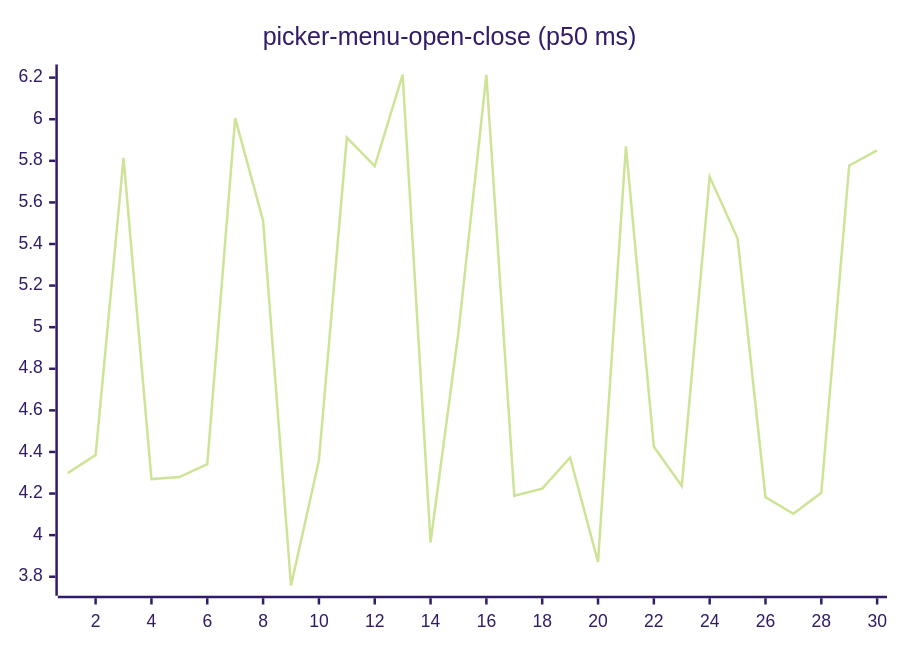
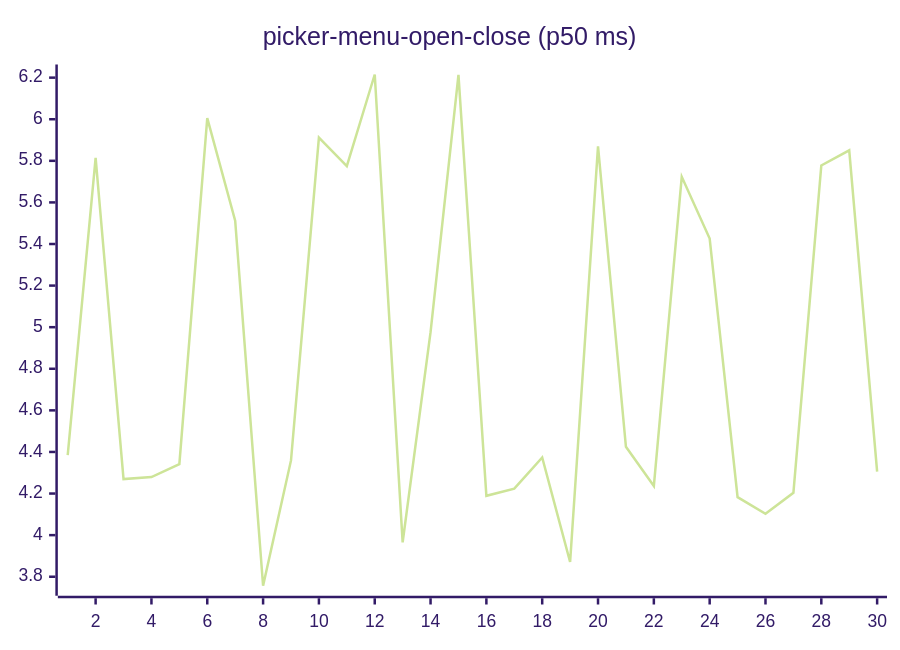
One commit to josha/Facet changed diagram 16 of 27 in README.md. Above: the diagram before and after it, drawn with Mermaid (forest theme). The commit also changed other lines of this file and 2 other files, not shown here.

````diff
--- a/README.md
+++ b/README.md
@@ -168,6 +168,6 @@
 ```mermaid
 xychart-beta
     title "picker-menu-open-close (p50 ms)"
     x-axis 1 --> 30
-    line [4.2981, 4.3851, 5.8139, 4.2694, 4.2792, 4.3416, 6.0052, 5.5122, 3.7566, 4.3593, 5.9114, 5.7740, 6.2151, 3.9652, 4.9760, 6.2132, 4.1891, 4.2236, 4.3733, 3.8708, 5.8694, 4.4248, 4.2362, 5.7230, 5.4264, 4.1828, 4.1028, 4.2034, 5.7775, 5.8503]
+    line [4.3851, 5.8139, 4.2694, 4.2792, 4.3416, 6.0052, 5.5122, 3.7566, 4.3593, 5.9114, 5.7740, 6.2151, 3.9652, 4.9760, 6.2132, 4.1891, 4.2236, 4.3733, 3.8708, 5.8694, 4.4248, 4.2362, 5.7230, 5.4264, 4.1828, 4.1028, 4.2034, 5.7775, 5.8503, 4.3049]
 ```
````
